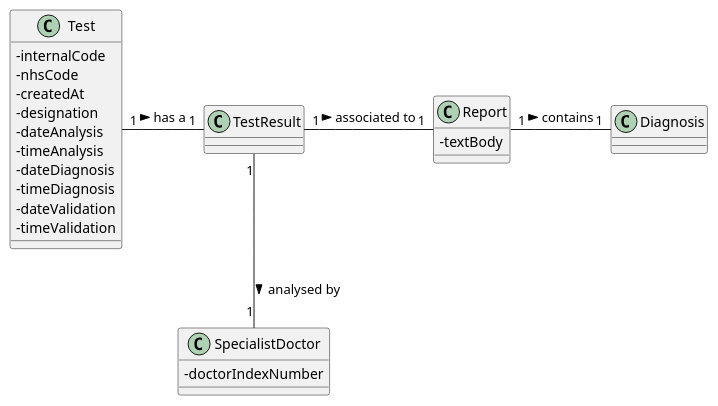
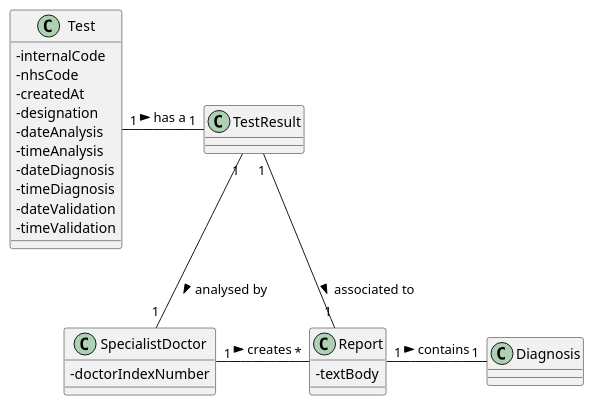
Before and after one commit to MadDinosaur/ISEP-LAPR2: the diagram in docs/SprintC/US14/US14_DM.puml, drawn with PlantUML. The commit also changed 3 other files, not shown here.

```diff
--- a/docs/SprintC/US14/US14_DM.puml
+++ b/docs/SprintC/US14/US14_DM.puml
@@ -1,35 +1,36 @@
 @startuml
 
 skinparam classAttributeIconSize 0
 
 class Test {
 -internalCode
 -nhsCode
 -createdAt
 -designation
 -dateAnalysis
 -timeAnalysis
 -dateDiagnosis
 -timeDiagnosis
 -dateValidation
 -timeValidation
 }
 
 class TestResult
 
 class SpecialistDoctor {
 -doctorIndexNumber
 }
 
 class Diagnosis
 
 class Report {
 -textBody
 }
 
 Test "1"-"1" TestResult: has a >
 TestResult "1"-"1" Report: associated to >
 Report "1"-"1" Diagnosis: contains >
 TestResult "1"-down-"1" SpecialistDoctor: analysed by >
+SpecialistDoctor "1"-right-"*" Report: creates >
 
 @enduml
```
